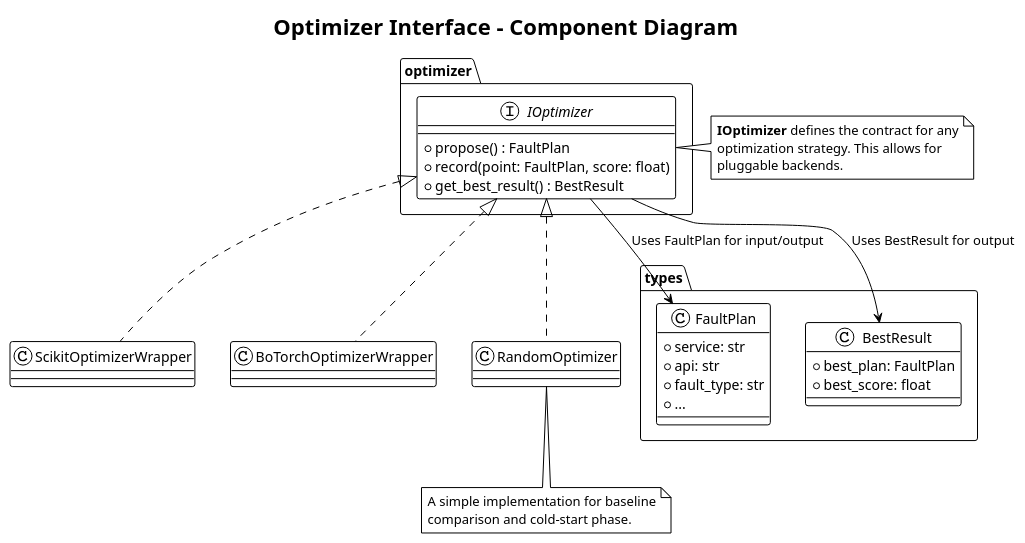
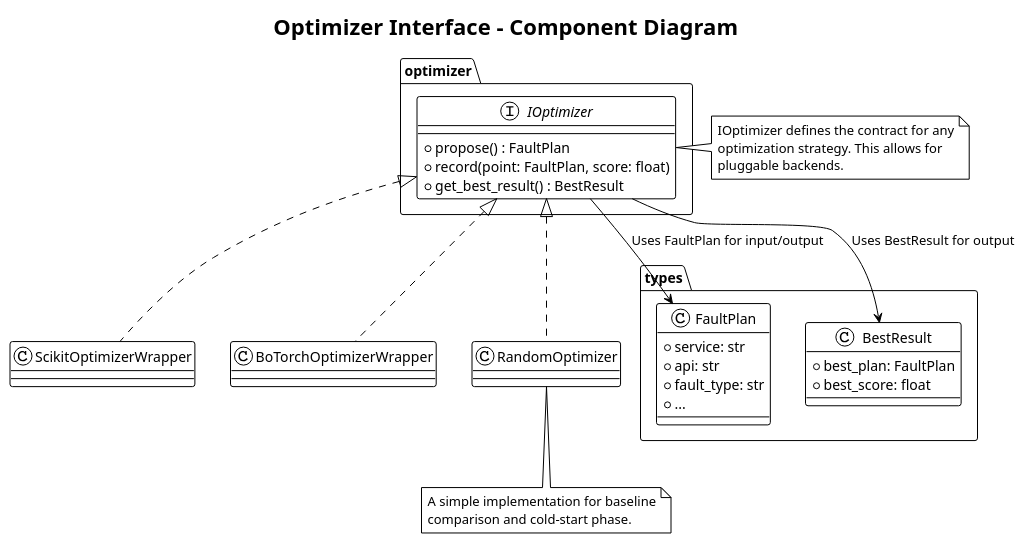
The second of 7 diagrams in recommender/docs/design_doc/Design_2_Optimizer Core.md (kalahetun/Minesweeper), drawn with PlantUML before and after one commit. The commit also changed other lines of this file and 27 other files, not shown here.

````diff
--- a/recommender/docs/design_doc/Design_2_Optimizer Core.md
+++ b/recommender/docs/design_doc/Design_2_Optimizer Core.md
@@ -96,54 +96,54 @@
 ```plantuml
 @startuml
 !theme plain
 skinparam interface {
     BorderColor #3A3A3A
     BackgroundColor #LightYellow
 }
 
 title Optimizer Interface - Component Diagram
 
 package "optimizer" {
     interface "IOptimizer" as Interface {
         + propose() : FaultPlan
         + record(point: FaultPlan, score: float)
         + get_best_result() : BestResult
     }
 }
 
 package "types" {
     class "FaultPlan" as Plan {
         + service: str
         + api: str
         + fault_type: str
         + ...
     }
     class "BestResult" as Result {
         + best_plan: FaultPlan
         + best_score: float
     }
 }
 
 Interface --> Plan: Uses FaultPlan for input/output
 Interface --> Result: Uses BestResult for output
 
 class "ScikitOptimizerWrapper" as SkoptWrapper
 class "BoTorchOptimizerWrapper" as BotorchWrapper
 class "RandomOptimizer" as RandomWrapper
 
 SkoptWrapper .up.|> Interface
 BotorchWrapper .up.|> Interface
 RandomWrapper .up.|> Interface
 
 note right of Interface
-  **IOptimizer** defines the contract for any
+  IOptimizer defines the contract for any
   optimization strategy. This allows for
   pluggable backends.
 end note
 
 note bottom of RandomWrapper
   A simple implementation for baseline
   comparison and cold-start phase.
 end note
 @enduml
 ```
````
